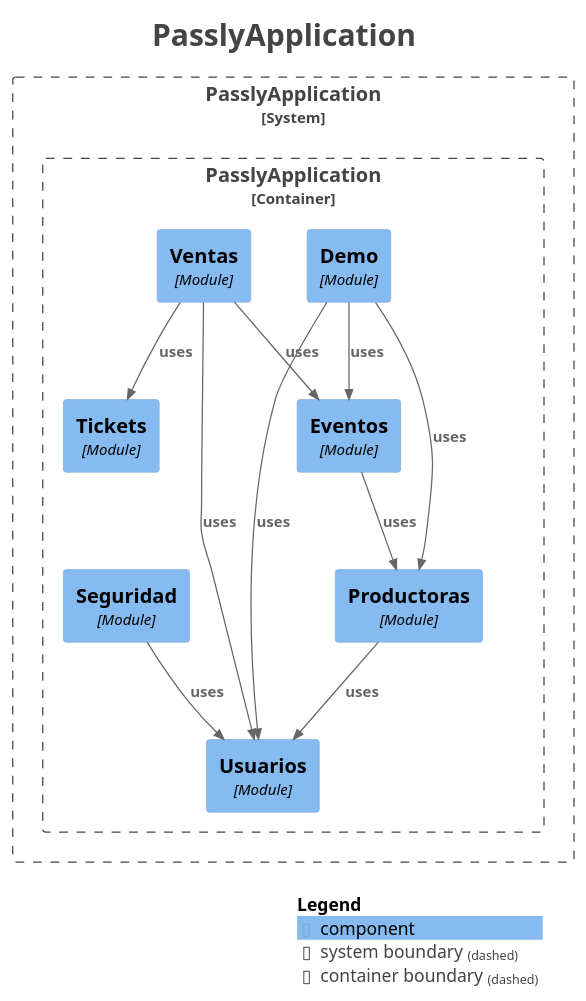
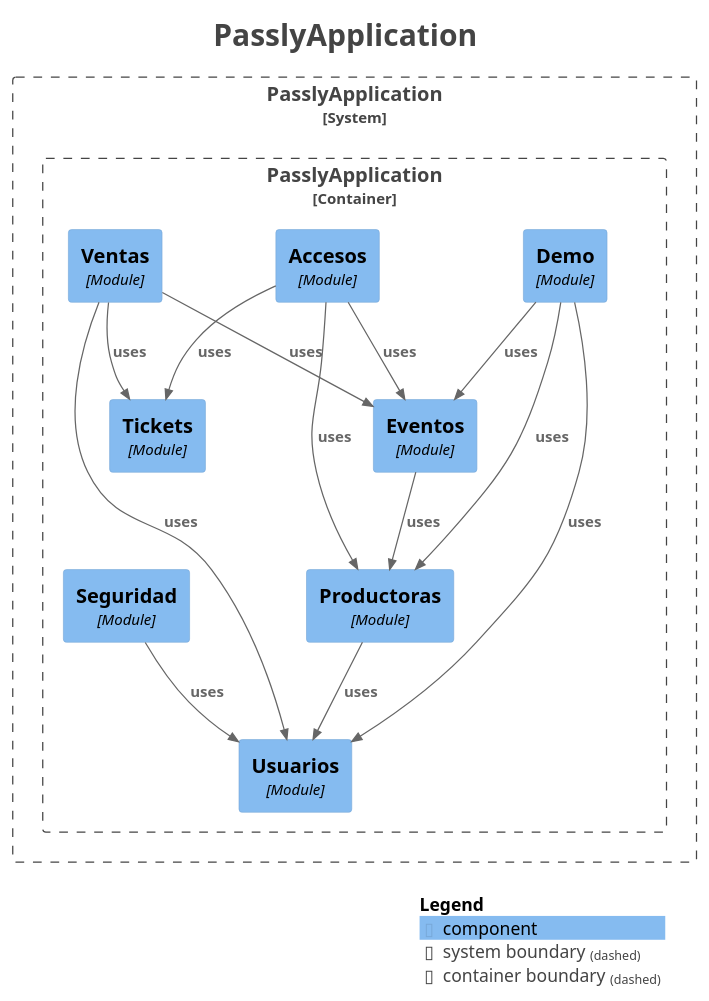
The diagram in docs/modulith/components.puml (SimonForteza/Passly), drawn with PlantUML before and after one commit. The commit also changed 45 other files, not shown here.

```diff
--- a/docs/modulith/components.puml
+++ b/docs/modulith/components.puml
@@ -1,43 +1,47 @@
 @startuml
 title <size:24>PasslyApplication</size>
 
 set separator none
 top to bottom direction
 
 <style>
   root {
     BackgroundColor: #ffffff
     FontColor: #444444
   }
 </style>
 
 !include <C4/C4>
 !include <C4/C4_Context>
 !include <C4/C4_Component>
 
 System_Boundary("PasslyApplication_boundary", "PasslyApplication", $tags="") {
   Container_Boundary("PasslyApplication.PasslyApplication_boundary", "PasslyApplication", $tags="") {
+    Component(PasslyApplication.PasslyApplication.Accesos, "Accesos", $techn="Module", $descr="", $tags="", $link="")
     Component(PasslyApplication.PasslyApplication.Demo, "Demo", $techn="Module", $descr="", $tags="", $link="")
     Component(PasslyApplication.PasslyApplication.Ventas, "Ventas", $techn="Module", $descr="", $tags="", $link="")
     Component(PasslyApplication.PasslyApplication.Tickets, "Tickets", $techn="Module", $descr="", $tags="", $link="")
     Component(PasslyApplication.PasslyApplication.Usuarios, "Usuarios", $techn="Module", $descr="", $tags="", $link="")
     Component(PasslyApplication.PasslyApplication.Productoras, "Productoras", $techn="Module", $descr="", $tags="", $link="")
     Component(PasslyApplication.PasslyApplication.Seguridad, "Seguridad", $techn="Module", $descr="", $tags="", $link="")
     Component(PasslyApplication.PasslyApplication.Eventos, "Eventos", $techn="Module", $descr="", $tags="", $link="")
   }
 
 }
 
+Rel(PasslyApplication.PasslyApplication.Accesos, PasslyApplication.PasslyApplication.Eventos, "uses", $techn="", $tags="", $link="")
+Rel(PasslyApplication.PasslyApplication.Accesos, PasslyApplication.PasslyApplication.Productoras, "uses", $techn="", $tags="", $link="")
+Rel(PasslyApplication.PasslyApplication.Accesos, PasslyApplication.PasslyApplication.Tickets, "uses", $techn="", $tags="", $link="")
 Rel(PasslyApplication.PasslyApplication.Ventas, PasslyApplication.PasslyApplication.Eventos, "uses", $techn="", $tags="", $link="")
 Rel(PasslyApplication.PasslyApplication.Ventas, PasslyApplication.PasslyApplication.Tickets, "uses", $techn="", $tags="", $link="")
 Rel(PasslyApplication.PasslyApplication.Ventas, PasslyApplication.PasslyApplication.Usuarios, "uses", $techn="", $tags="", $link="")
+Rel(PasslyApplication.PasslyApplication.Productoras, PasslyApplication.PasslyApplication.Usuarios, "uses", $techn="", $tags="", $link="")
+Rel(PasslyApplication.PasslyApplication.Seguridad, PasslyApplication.PasslyApplication.Usuarios, "uses", $techn="", $tags="", $link="")
 Rel(PasslyApplication.PasslyApplication.Demo, PasslyApplication.PasslyApplication.Usuarios, "uses", $techn="", $tags="", $link="")
 Rel(PasslyApplication.PasslyApplication.Demo, PasslyApplication.PasslyApplication.Productoras, "uses", $techn="", $tags="", $link="")
 Rel(PasslyApplication.PasslyApplication.Demo, PasslyApplication.PasslyApplication.Eventos, "uses", $techn="", $tags="", $link="")
-Rel(PasslyApplication.PasslyApplication.Productoras, PasslyApplication.PasslyApplication.Usuarios, "uses", $techn="", $tags="", $link="")
-Rel(PasslyApplication.PasslyApplication.Seguridad, PasslyApplication.PasslyApplication.Usuarios, "uses", $techn="", $tags="", $link="")
 Rel(PasslyApplication.PasslyApplication.Eventos, PasslyApplication.PasslyApplication.Productoras, "uses", $techn="", $tags="", $link="")
 
 SHOW_LEGEND(true)
 hide stereotypes
 @enduml
```
